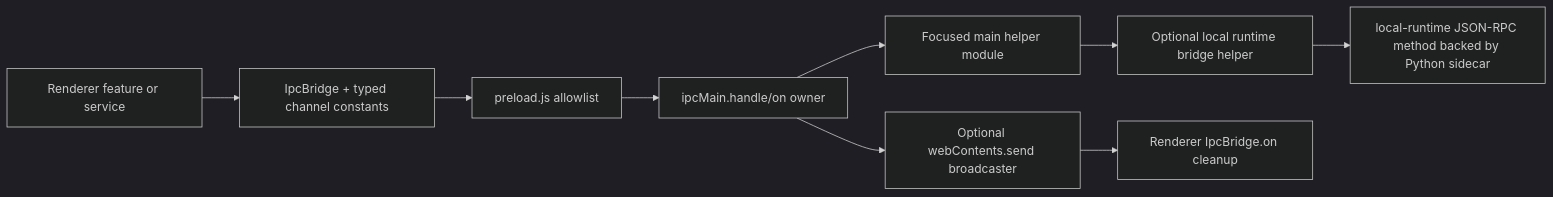
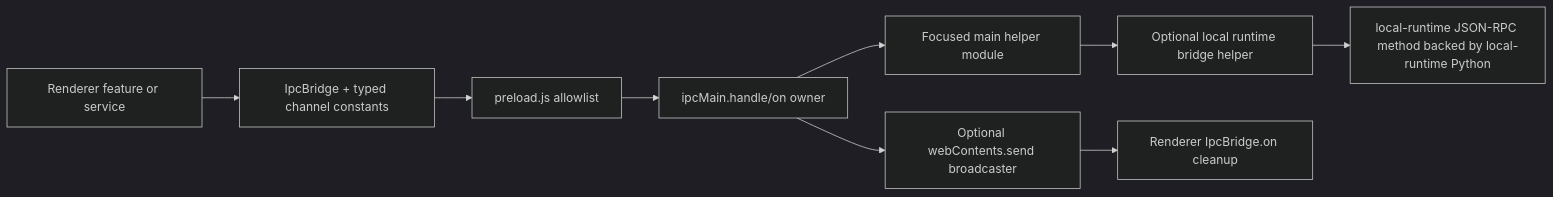
The diagram in docs/frontend/ipc_change_workflow.md (buiilding/My_Own_OpenClaw), drawn with Mermaid (dark theme) before and after one commit. The commit also changed 30 other files, not shown here.

First line of the commit message:
docs(runtime): route backing labels through local runtime

````diff
--- a/docs/frontend/ipc_change_workflow.md
+++ b/docs/frontend/ipc_change_workflow.md
@@ -18,11 +18,11 @@
 ```mermaid
 flowchart LR
   Renderer["Renderer feature or service"] --> Bridge["IpcBridge + typed channel constants"]
   Bridge --> Preload["preload.js allowlist"]
   Preload --> Main["ipcMain.handle/on owner"]
   Main --> MainHelper["Focused main helper module"]
   MainHelper --> LocalRuntimeBridge["Optional local runtime bridge helper"]
-  LocalRuntimeBridge --> Sidecar["local-runtime JSON-RPC method backed by Python sidecar"]
+  LocalRuntimeBridge --> Sidecar["local-runtime JSON-RPC method backed by local-runtime Python"]
   Main --> Broadcast["Optional webContents.send broadcaster"]
   Broadcast --> RendererListener["Renderer IpcBridge.on cleanup"]
 ```
````
